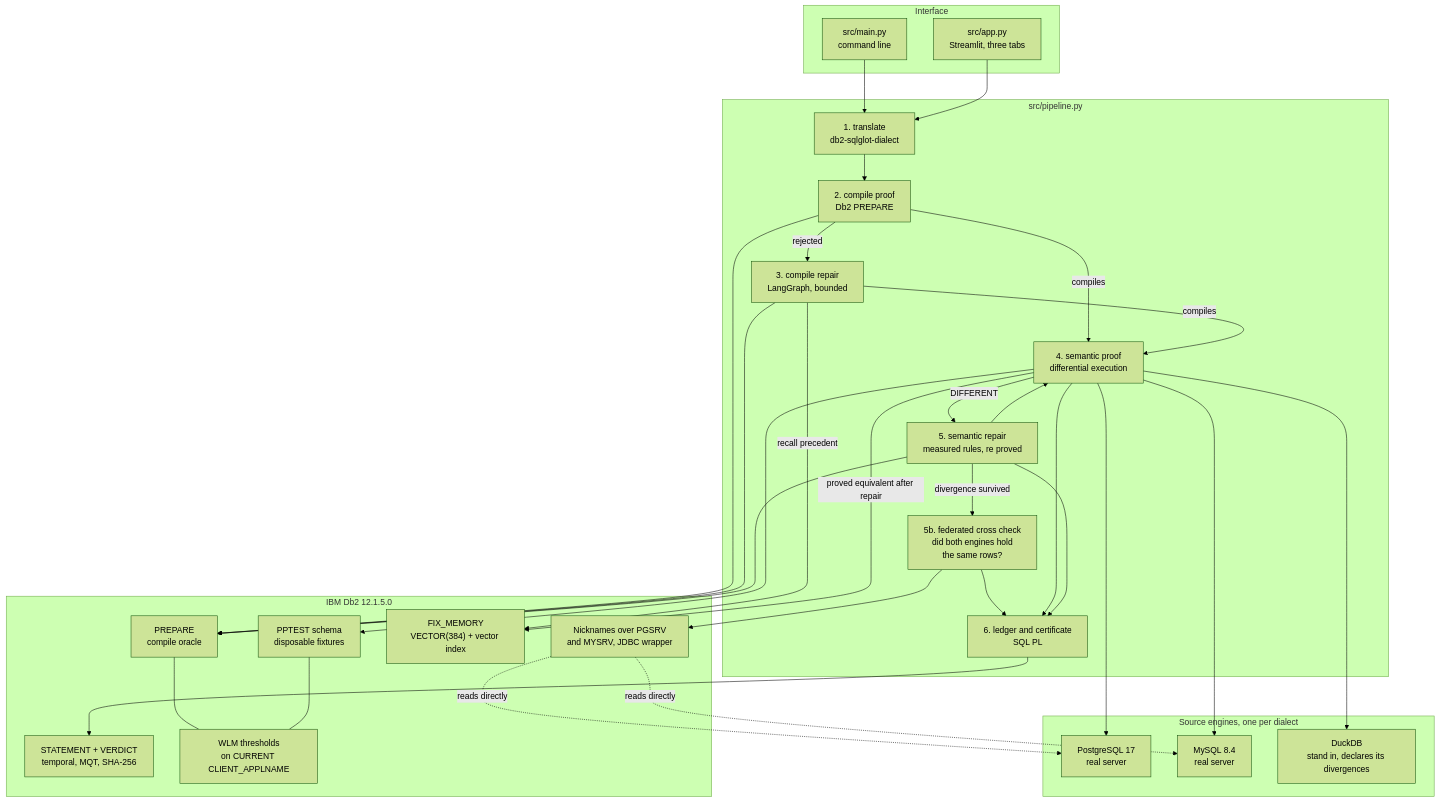
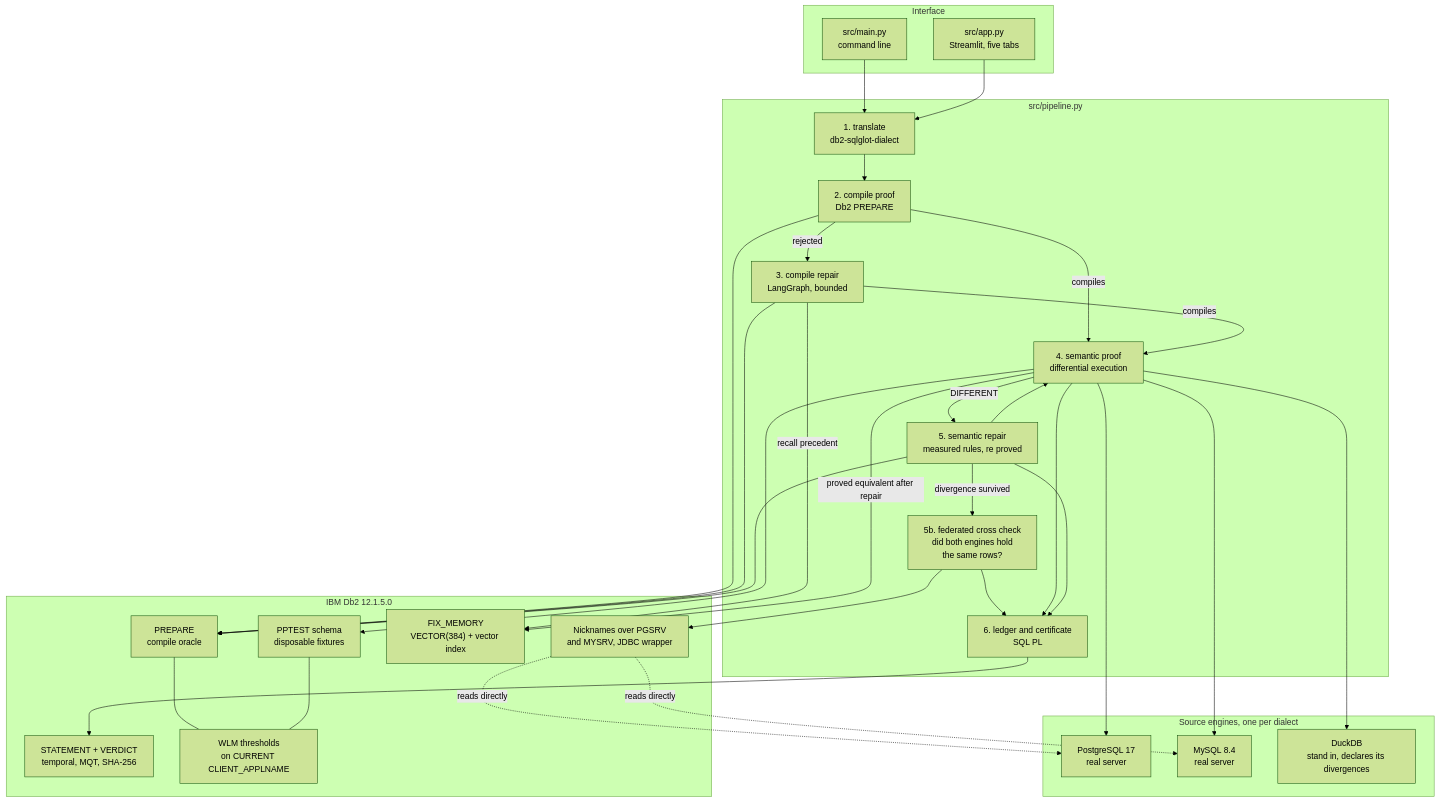
One commit to KunalGolaIBM/IBM_Db2_TechX_Project_Submission changed the first of 2 diagrams in submissions/portproof/architecture.md. Above: the diagram before and after it, drawn with Mermaid (forest theme). The commit also changed 14 other files, not shown here.

````diff
--- a/submissions/portproof/architecture.md
+++ b/submissions/portproof/architecture.md
@@ -41,59 +41,59 @@
 ```mermaid
 graph TD
     subgraph UI["Interface"]
         CLI["src/main.py<br/>command line"]
-        APP["src/app.py<br/>Streamlit, three tabs"]
+        APP["src/app.py<br/>Streamlit, five tabs"]
     end
 
     subgraph PIPE["src/pipeline.py"]
         T["1. translate<br/>db2-sqlglot-dialect"]
         C["2. compile proof<br/>Db2 PREPARE"]
         R["3. compile repair<br/>LangGraph, bounded"]
         S["4. semantic proof<br/>differential execution"]
         SR["5. semantic repair<br/>measured rules, re proved"]
         F["5b. federated cross check<br/>did both engines hold<br/>the same rows?"]
         L["6. ledger and certificate<br/>SQL PL"]
     end
 
     subgraph SRC["Source engines, one per dialect"]
         PG["PostgreSQL 17<br/>real server"]
         MY["MySQL 8.4<br/>real server"]
         DD["DuckDB<br/>stand in, declares its divergences"]
     end
 
     subgraph DB2["IBM Db2 12.1.5.0"]
         PREP["PREPARE<br/>compile oracle"]
         FIX["PPTEST schema<br/>disposable fixtures"]
         MEM["FIX_MEMORY<br/>VECTOR(384) + vector index"]
         LED["STATEMENT + VERDICT<br/>temporal, MQT, SHA-256"]
         WLM["WLM thresholds<br/>on CURRENT CLIENT_APPLNAME"]
         NICK["Nicknames over PGSRV<br/>and MYSRV, JDBC wrapper"]
     end
 
     CLI --> T
     APP --> T
     T --> C --> PREP
     C -->|rejected| R
     R -->|recall precedent| MEM
     R --> PREP
     C -->|compiles| S
     R -->|compiles| S
     S --> PG
     S --> MY
     S --> DD
     S --> FIX
     S -->|DIFFERENT| SR
     SR --> PREP
     SR --> S
     SR -->|divergence survived| F
     F --> NICK
     NICK -.->|reads directly| PG
     NICK -.->|reads directly| MY
     F --> L
     S --> L
     SR --> L
     L --> LED
     S -->|proved equivalent after repair| MEM
     PREP --- WLM
     FIX --- WLM
 ```
````
